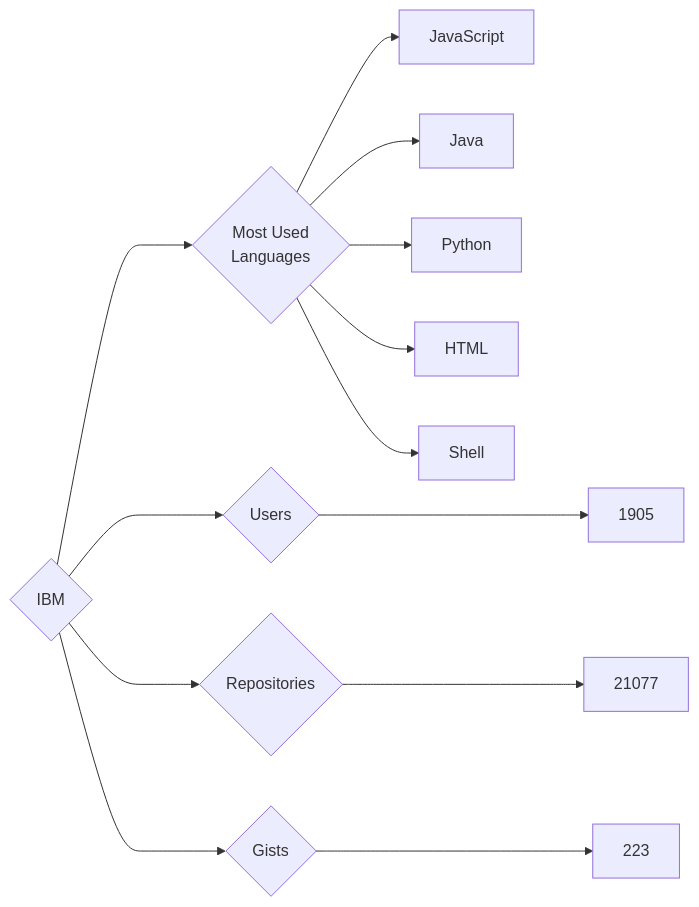
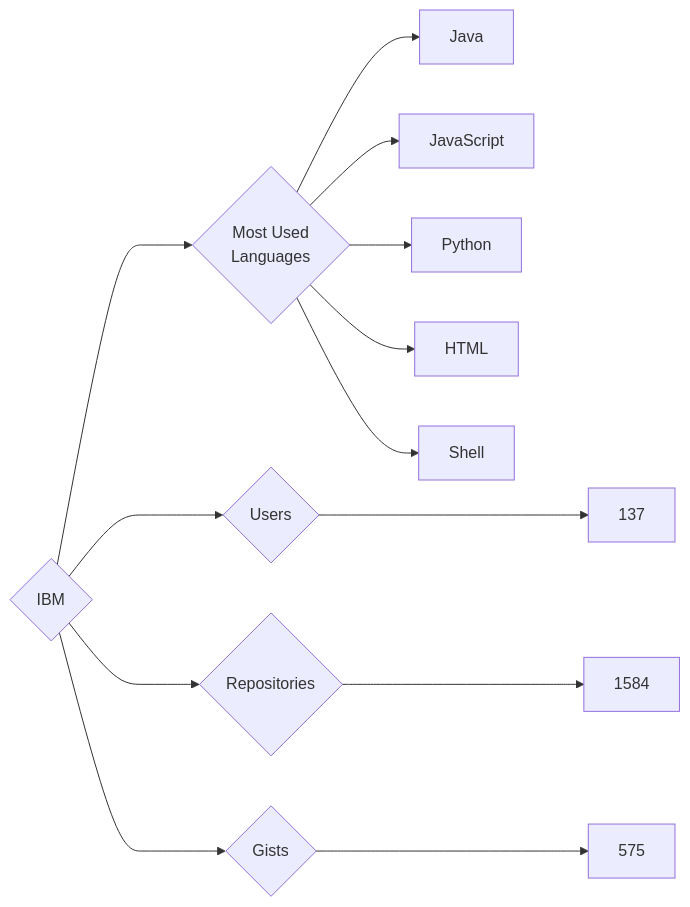
Before and after one commit to trickest/insiders: the diagram in targets/IBM/README.md, drawn with Mermaid. The commit also changed 1030 other files, not shown here.

````diff
--- a/targets/IBM/README.md
+++ b/targets/IBM/README.md
@@ -3,13 +3,13 @@
 ```mermaid
 graph LR
 COMPANY_NAME{IBM}
-COMPANY_NAME ---> U{Users} ---> UN[1905]
-COMPANY_NAME ---> R{Repositories} ---> RN[21077]
-COMPANY_NAME ---> G{Gists} ---> GN[223]
+COMPANY_NAME ---> U{Users} ---> UN[137]
+COMPANY_NAME ---> R{Repositories} ---> RN[1584]
+COMPANY_NAME ---> G{Gists} ---> GN[575]
 COMPANY_NAME ---> ML{Most Used<br>Languages}
+ML --> Java[Java]
 ML --> JavaScript[JavaScript]
-ML --> Java[Java]
 ML --> Python[Python]
 ML --> HTML[HTML]
 ML --> Shell[Shell]
 ```
````
